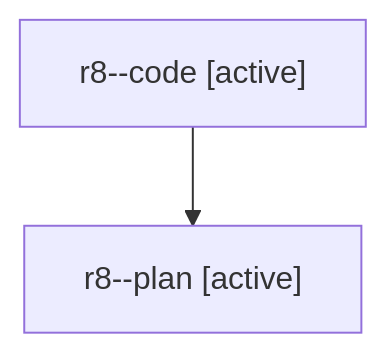
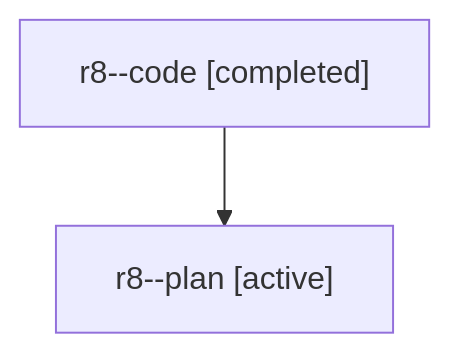
The diagram in sessions/bbugyi200.athena.r8.md (sase-org/sase--agents), drawn with Mermaid before and after one commit. The commit also changed other lines of this file and 5 other files, not shown here.

````diff
--- a/sessions/bbugyi200.athena.r8.md
+++ b/sessions/bbugyi200.athena.r8.md
@@ -9,6 +9,6 @@
 ```mermaid
 flowchart TD
-  n0["r8--code [active]"]
+  n0["r8--code [completed]"]
   n1["r8--plan [active]"]
   n0 --> n1
 ```
````
